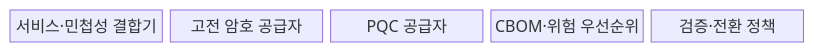
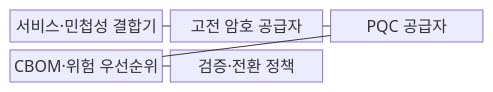
The first of 2 diagrams in src/content/docs/notes/05-security/013_pqc_migration_hybrid.md (agnusdei1207/knowledge-base), drawn with Mermaid before and after one commit. The commit also changed other lines of this file and 151 other files, not shown here.

````diff
--- a/src/content/docs/notes/05-security/013_pqc_migration_hybrid.md
+++ b/src/content/docs/notes/05-security/013_pqc_migration_hybrid.md
@@ -56,9 +56,13 @@
 ```mermaid
 block-beta
-    columns 5
+    columns 3
     S["서비스·민첩성 결합기"]
     C["고전 암호 공급자"]
     P["PQC 공급자"]
     B["CBOM·위험 우선순위"]
     V["검증·전환 정책"]
+    S --- C
+    C --- P
+    P --- B
+    B --- V
 ```
````
